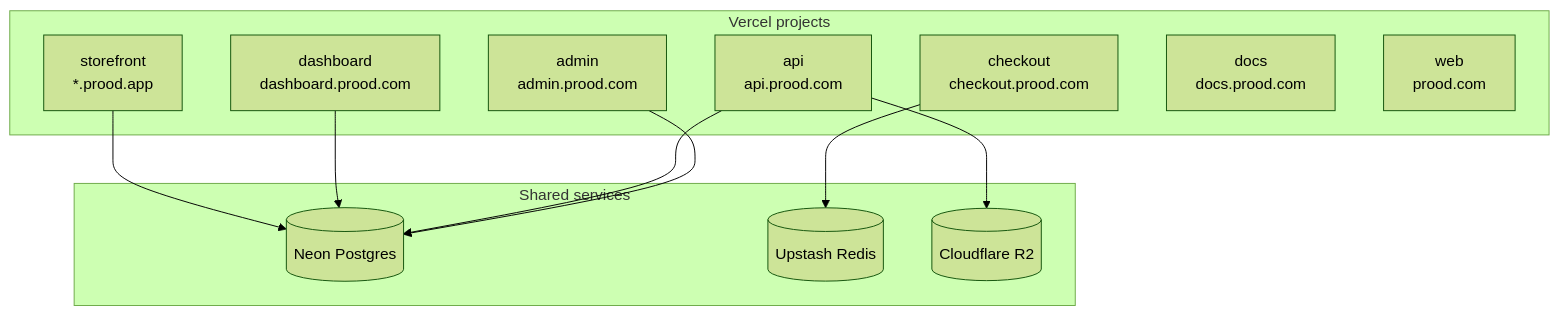
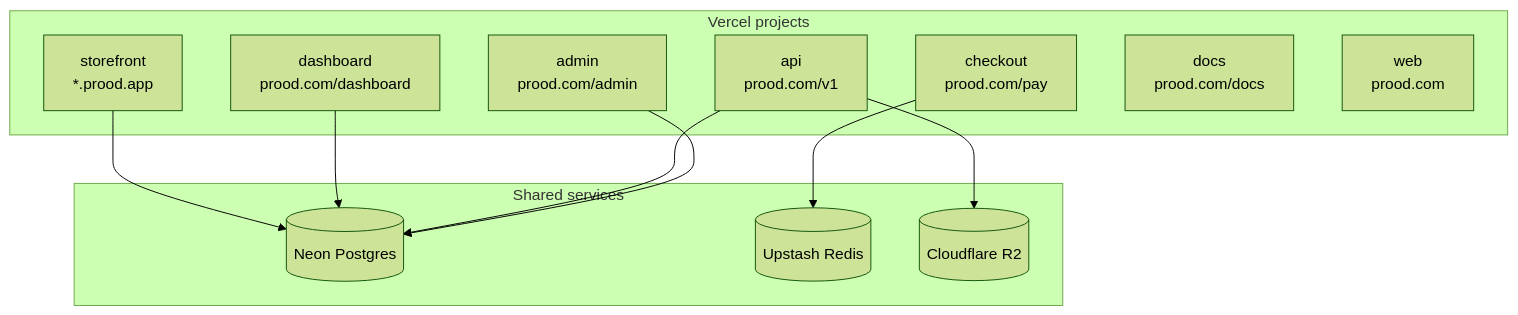
The diagram in apps/docs/content/docs/guides/deployment.mdx (rodrigobarona/prood-commerce-platform), drawn with Mermaid (forest theme) before and after one commit. The commit also changed other lines of this file and 134 other files, not shown here.

First line of the commit message:
Serve all of Prood from prood.com, with path routing instead of subdomains

````diff
--- a/apps/docs/content/docs/guides/deployment.mdx
+++ b/apps/docs/content/docs/guides/deployment.mdx
@@ -25,25 +57,25 @@
 ```mermaid
 flowchart TB
   subgraph vercel [Vercel projects]
     SF[storefront<br/>*.prood.app]
-    DB[dashboard<br/>dashboard.prood.com]
-    CHK[checkout<br/>checkout.prood.com]
-    API[api<br/>api.prood.com]
-    ADMIN[admin<br/>admin.prood.com]
-    DOCS[docs<br/>docs.prood.com]
+    DB[dashboard<br/>prood.com/dashboard]
+    CHK[checkout<br/>prood.com/pay]
+    API[api<br/>prood.com/v1]
+    ADMIN[admin<br/>prood.com/admin]
+    DOCS[docs<br/>prood.com/docs]
     WEB[web<br/>prood.com]
   end
 
   subgraph shared [Shared services]
     NEON[(Neon Postgres)]
     REDIS[(Upstash Redis)]
     BLOB[(Cloudflare R2)]
   end
 
   SF --> NEON
   DB --> NEON
   API --> NEON
   ADMIN --> NEON
   CHK --> REDIS
   API --> BLOB
 ```
````
